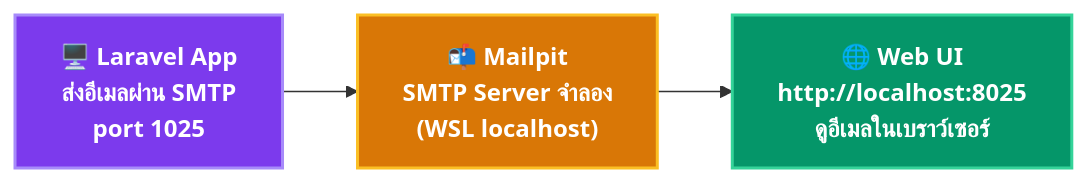
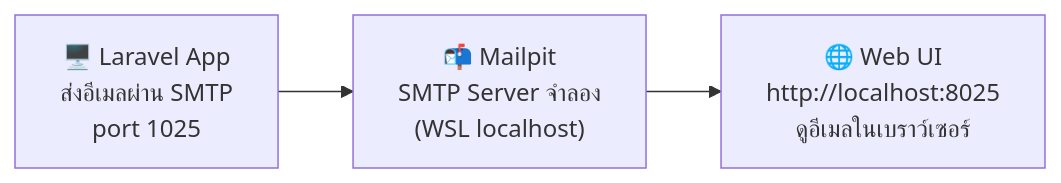
The first of 2 diagrams in 03-workshop-phase2.md (Krungsri/laravel-vibecode), drawn with Mermaid before and after one commit. The commit also changed other lines of this file and 3 other files, not shown here.

Commit message:
style: remove hardcoded Mermaid styles, fix overflow in requirements chart, and invert Anthropic logo in light mode

````diff
--- a/03-workshop-phase2.md
+++ b/03-workshop-phase2.md
@@ -21,9 +21,6 @@
 ```mermaid
 flowchart LR
     A["🖥️ Laravel App<br>ส่งอีเมลผ่าน SMTP<br>port 1025"] --> B["📬 Mailpit<br>SMTP Server จำลอง<br>(WSL localhost)"]
     B --> C["🌐 Web UI<br>http://localhost:8025<br>ดูอีเมลในเบราว์เซอร์"]
 
-    style A fill:#7c3aed,stroke:#a78bfa,stroke-width:2px,color:#ffffff,font-weight:bold
-    style B fill:#d97706,stroke:#fbbf24,stroke-width:2px,color:#ffffff,font-weight:bold
-    style C fill:#059669,stroke:#34d399,stroke-width:2px,color:#ffffff,font-weight:bold
 ```
````
